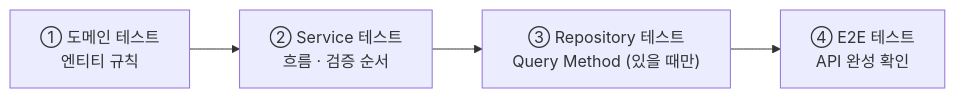
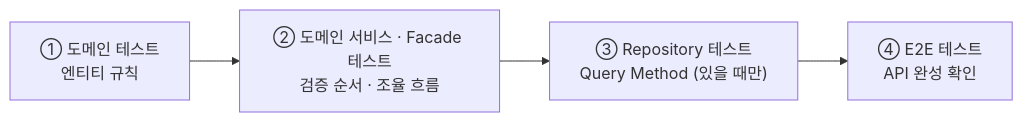
The second of 2 diagrams in docs/design/07-test-strategy.md (dd-jiny/delivery-order-backend), drawn with Mermaid before and after one commit. The commit also changed other lines of this file and 39 other files, not shown here.

````diff
--- a/docs/design/07-test-strategy.md
+++ b/docs/design/07-test-strategy.md
@@ -117,6 +120,6 @@
 ```mermaid
 flowchart LR
-    A["① 도메인 테스트<br>엔티티 규칙"] --> B["② Service 테스트<br>흐름 · 검증 순서"]
+    A["① 도메인 테스트<br>엔티티 규칙"] --> B["② 도메인 서비스 · Facade 테스트<br>검증 순서 · 조율 흐름"]
     B --> C["③ Repository 테스트<br>Query Method (있을 때만)"]
     C --> D["④ E2E 테스트<br>API 완성 확인"]
 ```
````
